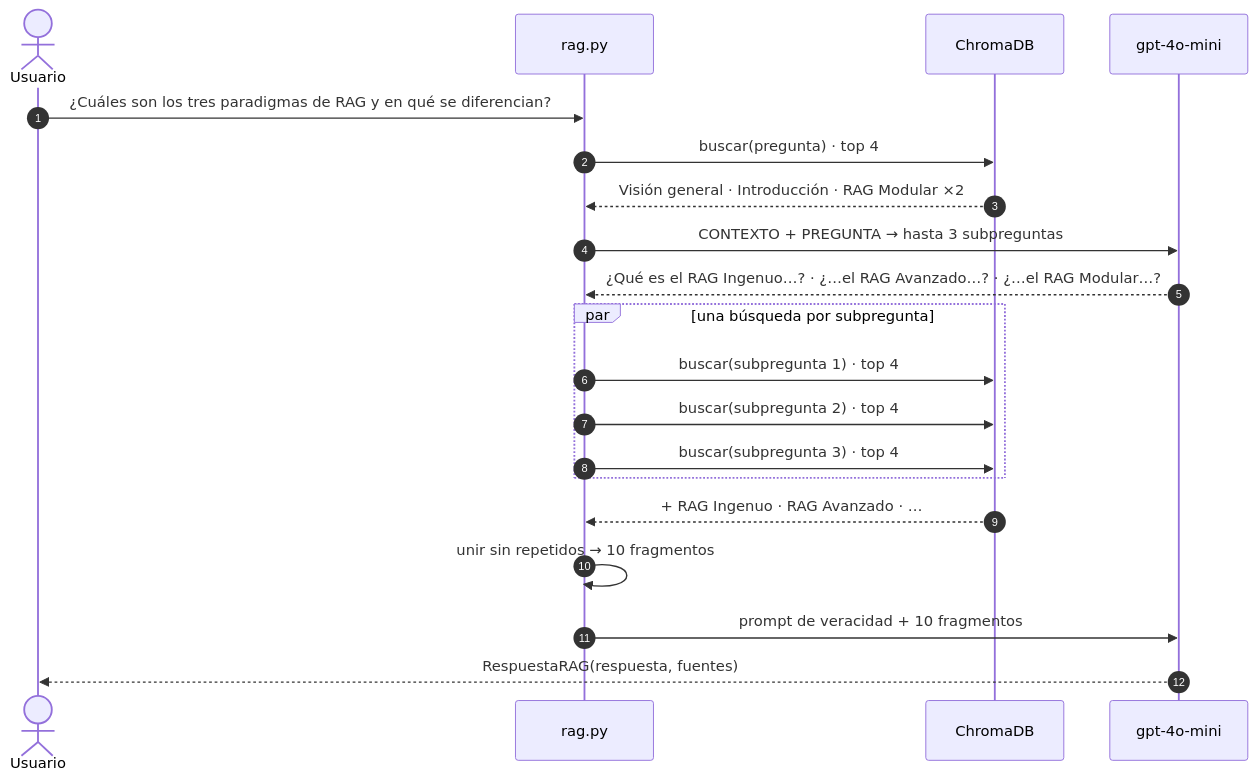
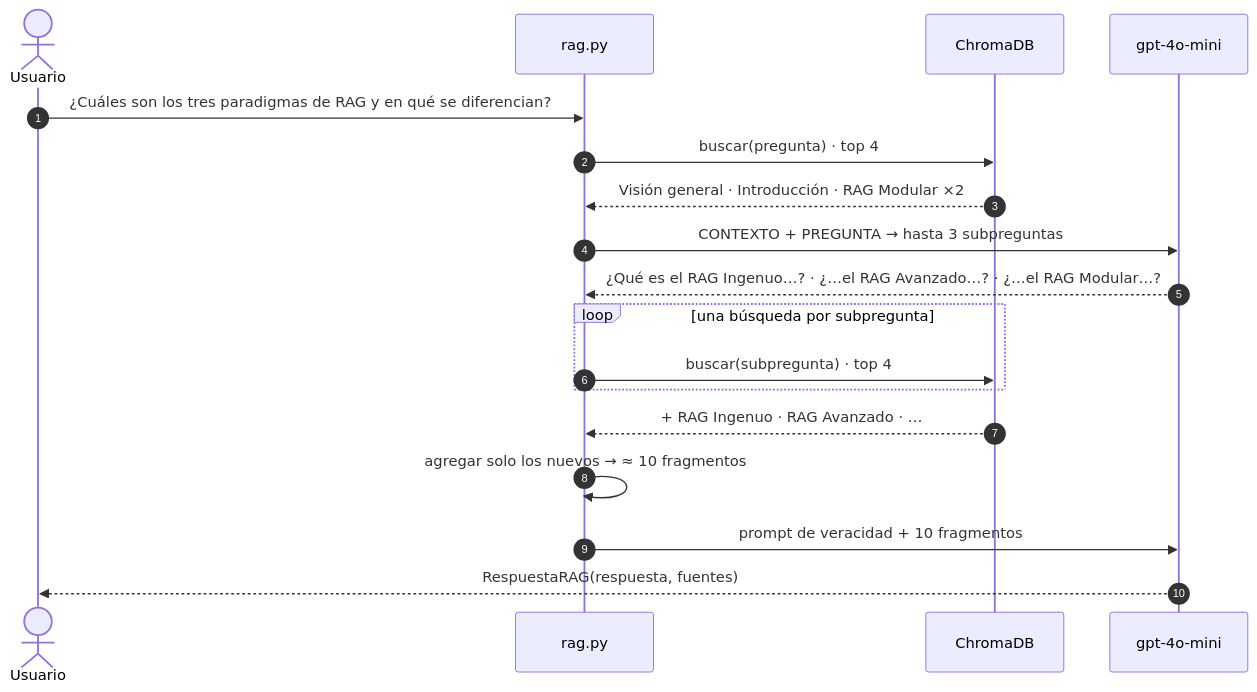
The fourth of 7 diagrams in README.md (javi2481/rag-local), drawn with Mermaid before and after one commit. The commit also changed other lines of this file and 3 other files, not shown here.

````diff
--- a/README.md
+++ b/README.md
@@ -179,23 +179,21 @@
 ```mermaid
 sequenceDiagram
     autonumber
     actor U as Usuario
     participant R as rag.py
     participant C as ChromaDB
     participant L as gpt-4o-mini
 
     U->>R: ¿Cuáles son los tres paradigmas de RAG y en qué se diferencian?
     R->>C: buscar(pregunta) · top 4
     C-->>R: Visión general · Introducción · RAG Modular ×2
     R->>L: CONTEXTO + PREGUNTA → hasta 3 subpreguntas
     L-->>R: ¿Qué es el RAG Ingenuo…? · ¿…el RAG Avanzado…? · ¿…el RAG Modular…?
-    par una búsqueda por subpregunta
-        R->>C: buscar(subpregunta 1) · top 4
-        R->>C: buscar(subpregunta 2) · top 4
-        R->>C: buscar(subpregunta 3) · top 4
+    loop una búsqueda por subpregunta
+        R->>C: buscar(subpregunta) · top 4
     end
     C-->>R: + RAG Ingenuo · RAG Avanzado · …
-    R->>R: unir sin repetidos → 10 fragmentos
+    R->>R: agregar solo los nuevos → ≈ 10 fragmentos
     R->>L: prompt de veracidad + 10 fragmentos
     L-->>U: RespuestaRAG(respuesta, fuentes)
 ```
````
